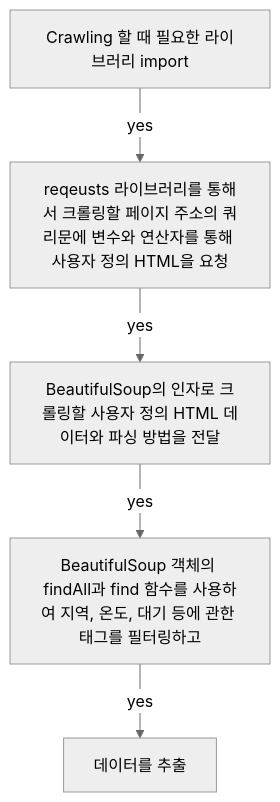
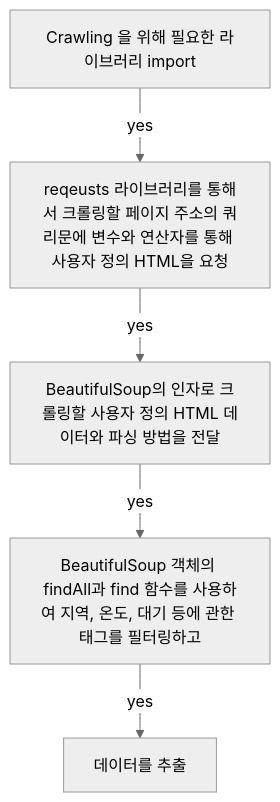
Before and after one commit to mchaemil/mchaemil.github.io: the second of 2 diagrams in _posts/2019-12-09-python-web-crawling.md, drawn with Mermaid (neutral theme). The commit also changed other lines of this file, not shown here.

````diff
--- a/_posts/2019-12-09-python-web-crawling.md
+++ b/_posts/2019-12-09-python-web-crawling.md
@@ -102,13 +102,13 @@
 ```mermaid
 graph TB;
-    A[Crawling 할 때 필요한 라이브러리 import]
+    A[Crawling 을 위해 필요한 라이브러리 import]
     B[reqeusts 라이브러리를 통해서 크롤링할 페이지 주소의 쿼리문에 변수와 연산자를 통해 사용자 정의 HTML을 요청]
 	C[BeautifulSoup의 인자로 크롤링할 사용자 정의 HTML 데이터와 파싱 방법을 전달]    
     D[BeautifulSoup 객체의 findAll과 find 함수를 사용하여 지역, 온도, 대기 등에 관한 태그를 필터링하고]
 	E[데이터를 추출]
     A--yes-->B;
     B--yes-->C;
     C--yes-->D;	
     D--yes-->E;
 	
 ```
````
